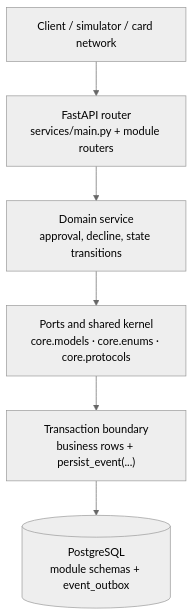
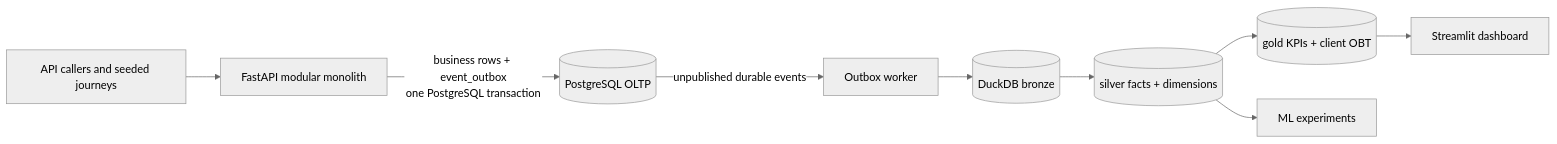
The first of 11 diagrams in README.md (Ratarca/card-data-lab), drawn with Mermaid (neutral theme) before and after one commit. The commit also changed other lines of this file and 18 other files, not shown here.

````diff
--- a/README.md
+++ b/README.md
@@ -80,11 +11,11 @@
 ```mermaid
-flowchart TB
-    CLIENT["Client / simulator / card network"]
-    ROUTER["FastAPI router\nservices/main.py + module routers"]
-    DOMAIN["Domain service\napproval, decline, state transitions"]
-    PORTS["Ports and shared kernel\ncore.models · core.enums · core.protocols"]
-    TX["Transaction boundary\nbusiness rows + persist_event(...)"]
-    PG[("PostgreSQL\nmodule schemas + event_outbox")]
-
-    CLIENT --> ROUTER --> DOMAIN --> PORTS --> TX --> PG
+flowchart LR
+    INPUT["API callers and seeded journeys"] --> APP["FastAPI modular monolith"]
+    APP -->|"business rows + event_outbox\none PostgreSQL transaction"| PG[("PostgreSQL OLTP")]
+    PG -->|"unpublished durable events"| WORKER["Outbox worker"]
+    WORKER --> BRONZE[("DuckDB bronze")]
+    BRONZE --> SILVER[("silver facts + dimensions")]
+    SILVER --> GOLD[("gold KPIs + client OBT")]
+    GOLD --> DASH["Streamlit dashboard"]
+    SILVER --> ML["ML experiments"]
 ```
````
